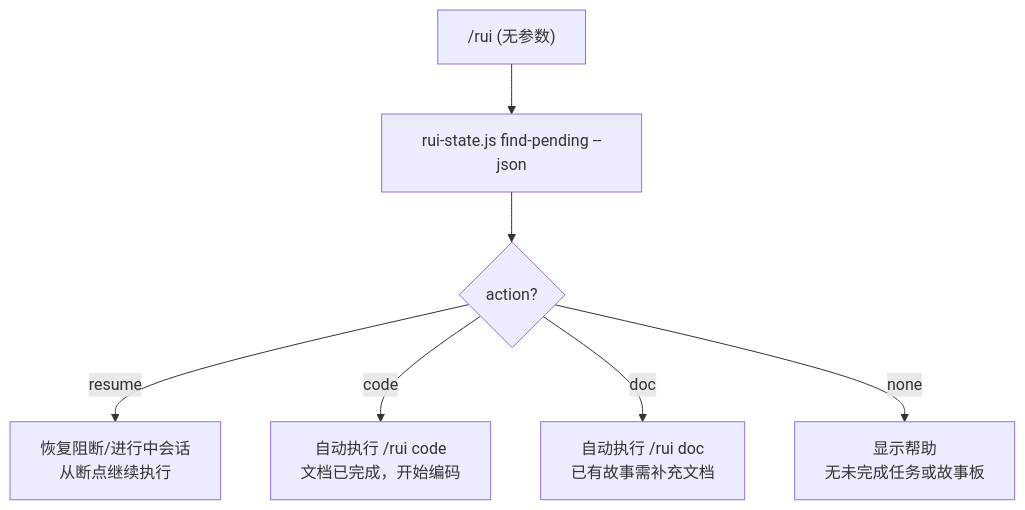
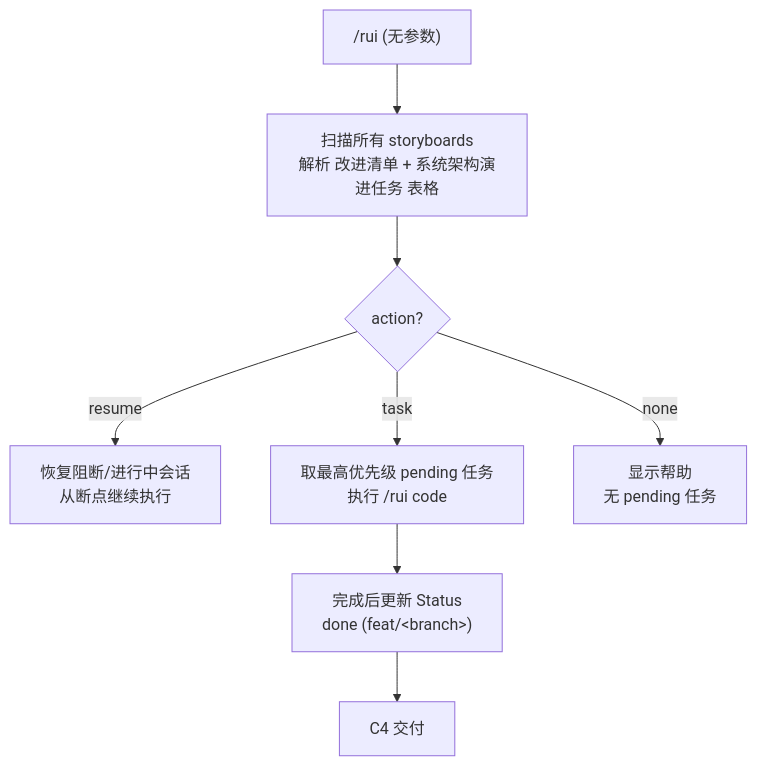
The second of 7 diagrams in skills/rui/SKILL.md (effiy/YrY), drawn with Mermaid before and after one commit. The commit also changed other lines of this file and 6 other files, not shown here.

````diff
--- a/skills/rui/SKILL.md
+++ b/skills/rui/SKILL.md
@@ -97,9 +97,10 @@
 ```mermaid
 flowchart TD
-    EMPTY["/rui (无参数)"] --> PENDING["rui-state.js find-pending --json"]
-    PENDING --> CHECK{action?}
+    EMPTY["/rui (无参数)"] --> SCAN["扫描所有 storyboards<br/>解析 改进清单 + 系统架构演进任务 表格"]
+    SCAN --> CHECK{action?}
     CHECK -->|resume| RESUME["恢复阻断/进行中会话<br/>从断点继续执行"]
-    CHECK -->|code| CODE["自动执行 /rui code <name><br/>文档已完成，开始编码"]
-    CHECK -->|doc| DOC["自动执行 /rui doc <name><br/>已有故事需补充文档"]
-    CHECK -->|none| HELP["显示帮助<br/>无未完成任务或故事板"]
+    CHECK -->|task| EXEC["取最高优先级 pending 任务<br/>执行 /rui code <name>"]
+    CHECK -->|none| HELP["显示帮助<br/>无 pending 任务"]
+    EXEC --> UPDATE["完成后更新 Status<br/>done (feat/&lt;branch&gt;)"]
+    UPDATE --> C4["C4 交付"]
 ```
````
